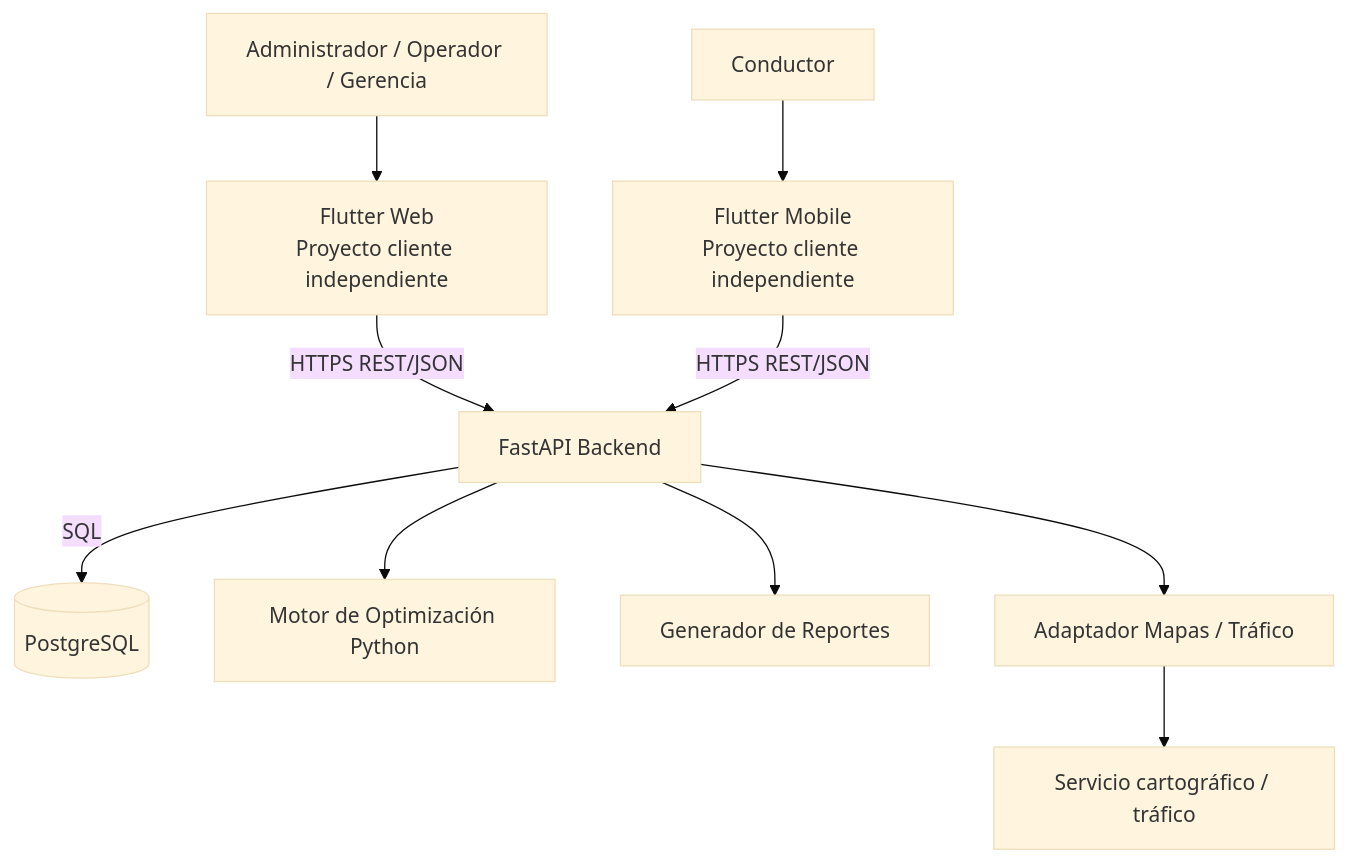
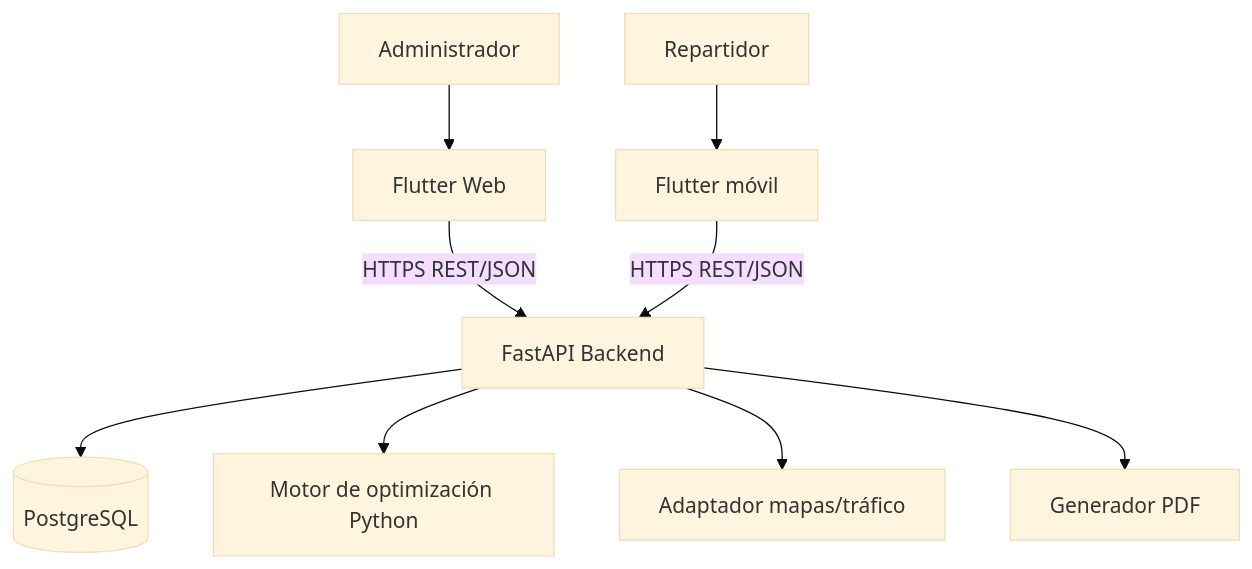
One commit to DartBlackLink/PFA changed the second of 5 diagrams in docs/01 Inicio/12. Modelo C4 V_1_0_0.md. Above: the diagram before and after it, drawn with Mermaid (base theme). The commit also changed other lines of this file and 17 other files, not shown here.

````diff
--- a/docs/01 Inicio/12. Modelo C4 V_1_0_0.md
+++ b/docs/01 Inicio/12. Modelo C4 V_1_0_0.md
@@ -44,14 +36,11 @@
 ```mermaid
 flowchart TD
-    ADMIN[Administrador / Operador / Gerencia] --> WEB[Flutter Web<br/>Proyecto cliente independiente]
-    DRIVER[Conductor] --> MOB[Flutter Mobile<br/>Proyecto cliente independiente]
-
+    ADMIN[Administrador] --> WEB[Flutter Web]
+    REP[Repartidor] --> MOB[Flutter móvil]
     WEB -->|HTTPS REST/JSON| API[FastAPI Backend]
     MOB -->|HTTPS REST/JSON| API
-
-    API -->|SQL| DB[(PostgreSQL)]
-    API --> OPT[Motor de Optimización Python]
-    API --> REP[Generador de Reportes]
-    API --> MAP[Adaptador Mapas / Tráfico]
-    MAP --> EXT[Servicio cartográfico / tráfico]
+    API --> DB[(PostgreSQL)]
+    API --> OPT[Motor de optimización Python]
+    API --> MAP[Adaptador mapas/tráfico]
+    API --> REPGEN[Generador PDF]
 ```
````
